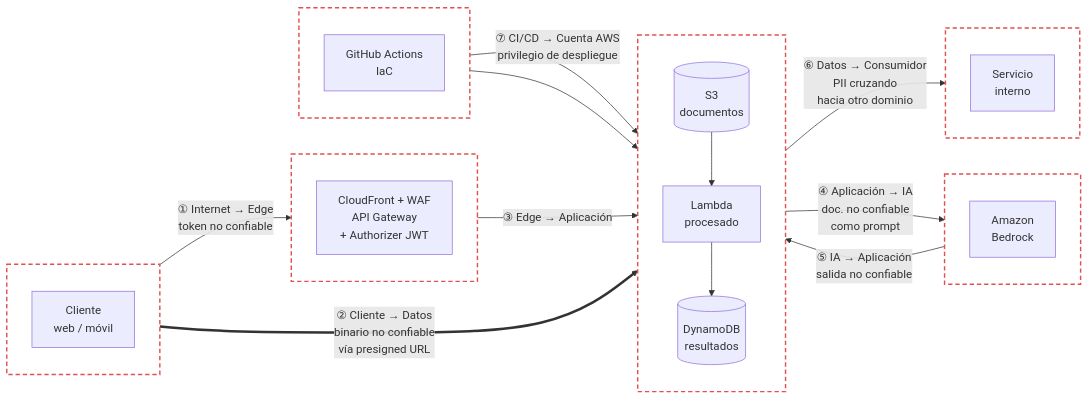
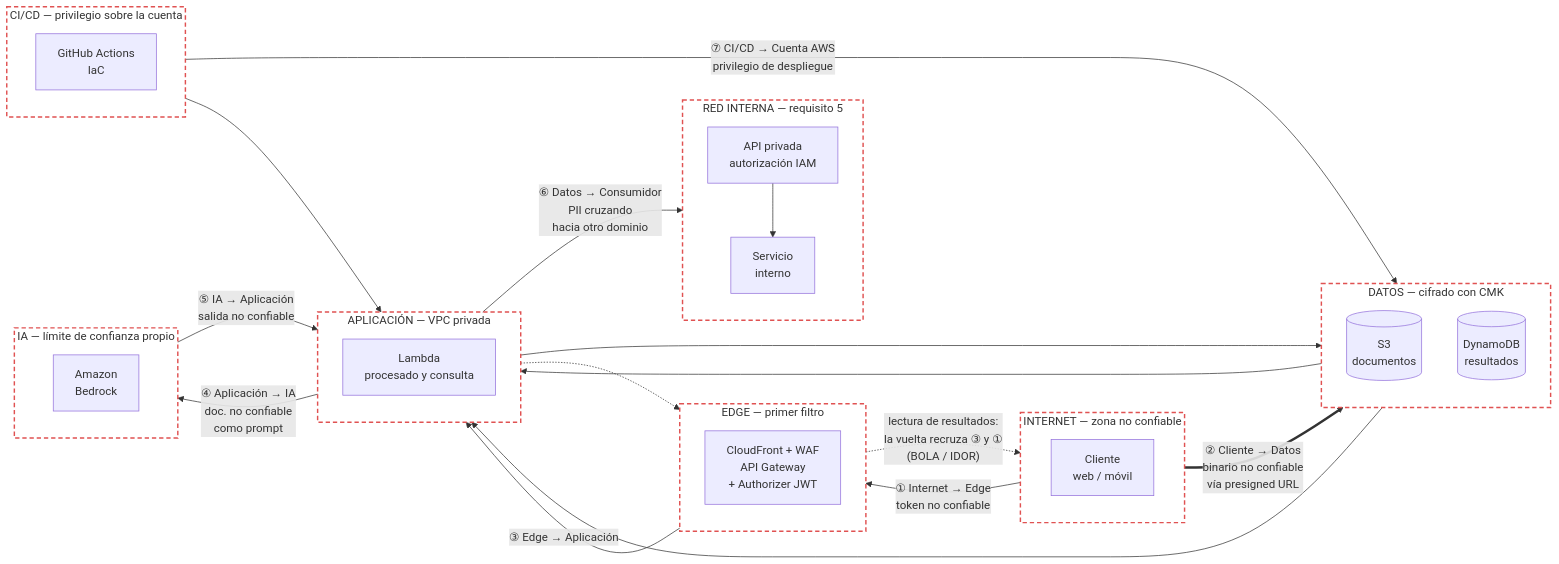
Before and after one commit to KrozFu/cloud-appsec-technical-test: the diagram in challenge-1-cloud-architecture/threat-model.md, drawn with Mermaid. The commit also changed other lines of this file, not shown here.

Commit message:
fix(threat-model): name DFD trust zones and complete data flows
- The seven trust zones are now explicitly named, matching the
  architecture diagram labels
- Boundary ⑥ now routes through the private API, consistent with
  architecture.py and threat #11
- Added the read path back to the client: the highest-risk flow in the
  model (BOLA) is a read and was missing from the diagram

````diff
--- a/challenge-1-cloud-architecture/threat-model.md
+++ b/challenge-1-cloud-architecture/threat-model.md
@@ -34,49 +34,59 @@
 ```mermaid
 flowchart LR
-    subgraph tb1[" "]
+    subgraph tb1["INTERNET — zona no confiable"]
         direction TB
         cliente["Cliente<br/>web / móvil"]
     end
 
-    subgraph tb2[" "]
+    subgraph tb7["CI/CD — privilegio sobre la cuenta"]
+        direction TB
+        cicd["GitHub Actions<br/>IaC"]
+    end
+
+    subgraph tb2["EDGE — primer filtro"]
         direction TB
         edge["CloudFront + WAF<br/>API Gateway<br/>+ Authorizer JWT"]
     end
 
-    subgraph tb3[" "]
+    subgraph tb3["APLICACIÓN — VPC privada"]
+        direction TB
+        lambda["Lambda<br/>procesado y consulta"]
+    end
+
+    subgraph tb4["DATOS — cifrado con CMK"]
         direction TB
         s3[("S3<br/>documentos")]
-        lambda["Lambda<br/>procesado"]
         ddb[("DynamoDB<br/>resultados")]
     end
 
-    subgraph tb4[" "]
+    subgraph tb5["IA — límite de confianza propio"]
         direction TB
         bedrock["Amazon<br/>Bedrock"]
     end
 
-    subgraph tb5[" "]
+    subgraph tb6["RED INTERNA — requisito 5"]
         direction TB
+        privapi["API privada<br/>autorización IAM"]
         interno["Servicio<br/>interno"]
-    end
-
-    subgraph tb6[" "]
-        direction TB
-        cicd["GitHub Actions<br/>IaC"]
     end
 
     cliente -->|"① Internet → Edge<br/>token no confiable"| edge
     cliente ==>|"② Cliente → Datos<br/>binario no confiable<br/>vía presigned URL"| s3
     edge -->|"③ Edge → Aplicación"| lambda
     s3 --> lambda
     lambda -->|"④ Aplicación → IA<br/>doc. no confiable<br/>como prompt"| bedrock
     bedrock -->|"⑤ IA → Aplicación<br/>salida no confiable"| lambda
     lambda --> ddb
-    ddb -->|"⑥ Datos → Consumidor<br/>PII cruzando<br/>hacia otro dominio"| interno
+    ddb --> lambda
+    lambda -->|"⑥ Datos → Consumidor<br/>PII cruzando<br/>hacia otro dominio"| privapi
+    privapi --> interno
     cicd -->|"⑦ CI/CD → Cuenta AWS<br/>privilegio de despliegue"| s3
     cicd --> lambda
 
+    lambda -.-> edge
+    edge -.->|"lectura de resultados:<br/>la vuelta recruza ③ y ①<br/>(BOLA / IDOR)"| cliente
+
     classDef tb fill:none,stroke:#e05252,stroke-width:2px,stroke-dasharray:6 4
 
-    class tb1,tb2,tb3,tb4,tb5,tb6 tb
+    class tb1,tb2,tb3,tb4,tb5,tb6,tb7 tb
 ```
````
